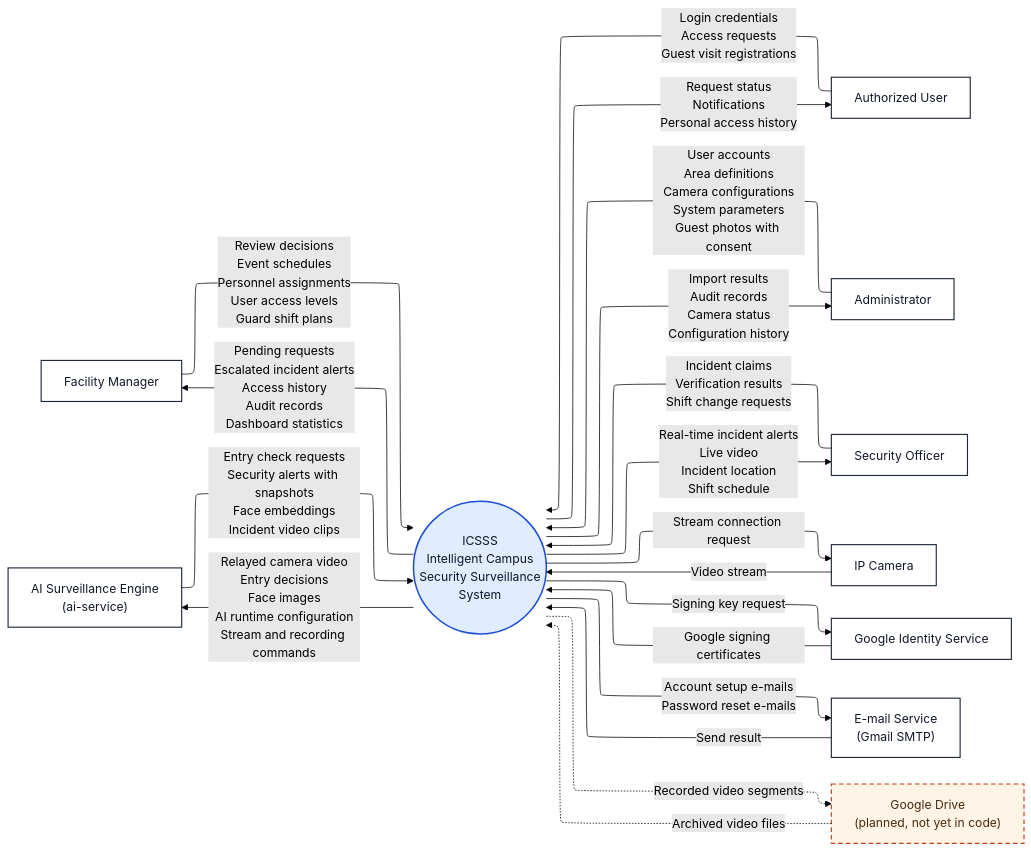
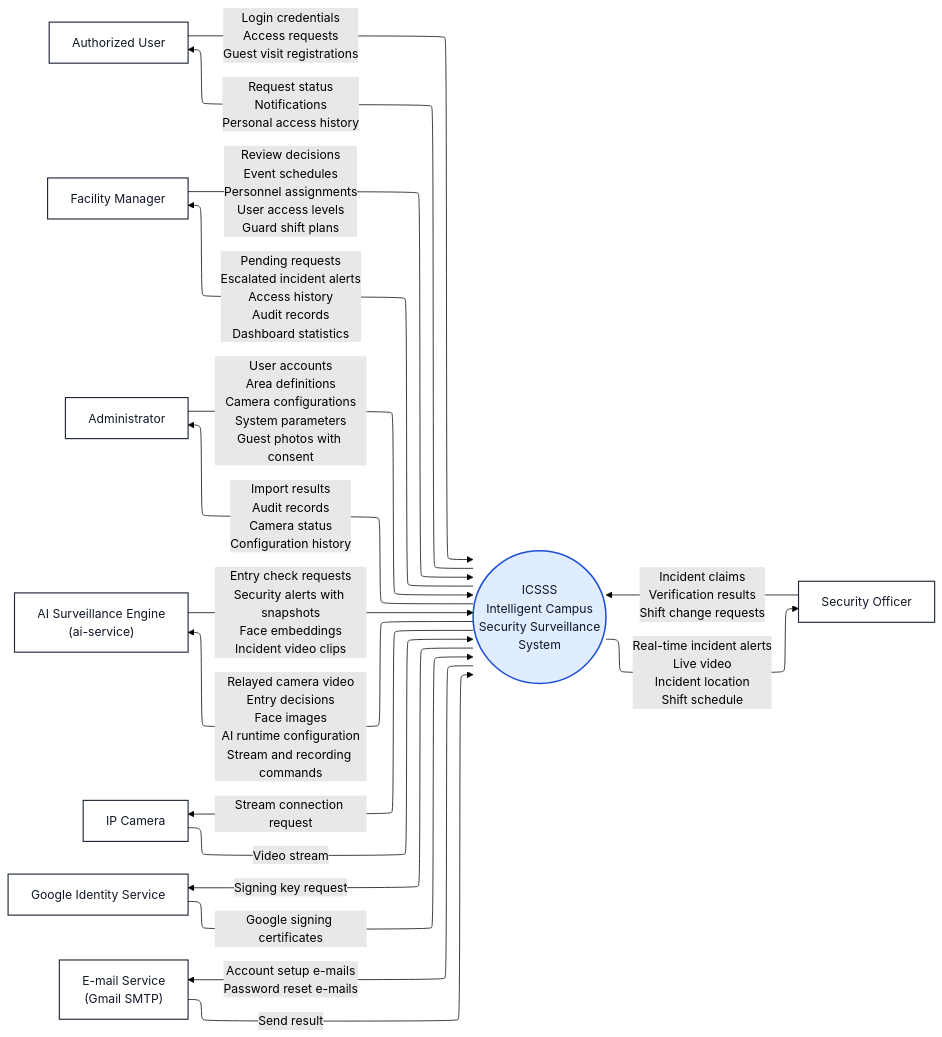
The diagram in docs/diagrams/context-diagram.mmd (AnhHao2505/AI-Based-Intelligent-Campus-Security-Surveillance-System), drawn with Mermaid (forest theme) before and after one commit. The commit also changed 8 other files, not shown here.

Commit message:
docs(review2): add SRS, SDD, registration form and updated diagram sources

```diff
--- a/docs/diagrams/context-diagram.mmd
+++ b/docs/diagrams/context-diagram.mmd
@@ -1,50 +1,44 @@
 ---
 config:
   layout: elk
 ---
-%% Title: CTX-01 Context diagram of ICSSS (level 0) · Source: controller/*.java (@PreAuthorize roles), security/GoogleTokenVerifier.java, service/NotificationService.java (JavaMailSender, Gmail SMTP), service/CameraConnectionService.java and MediaMtxService.java (RTSP), mobile/lib (Security Officer app) · Updated 2026-10-27 (main @ b3e5ce6): AI Surveillance Engine drawn as an external entity (decision Q-2), ai-service/src/core/face_matcher.py (check-entry), ai-service/src/integration/kafka_producer.py (alerts), FaceDataService (face embeddings), CameraStreamLifecycleService (stream start/stop via MediaMTX), InternalAiController (runtime config)
+%% Title: CTX-01 Context diagram of ICSSS (level 0) · Source: controller/*.java (@PreAuthorize roles), security/GoogleTokenVerifier.java, service/NotificationService.java (JavaMailSender, Gmail SMTP), service/CameraConnectionService.java and MediaMtxService.java (RTSP), mobile/lib (Security Officer app) · Updated 2026-10-27 (main @ b3e5ce6): AI Surveillance Engine drawn as an external entity (decision Q-2), ai-service/src/core/face_matcher.py (check-entry), ai-service/src/integration/kafka_producer.py (alerts), FaceDataService (face embeddings), CameraStreamLifecycleService (stream start/stop via MediaMTX), InternalAiController (runtime config) · Updated 2026-10-28: Google Drive (planned, not in code) removed
 %% Notation: the system is one circle; every external entity is a separate rectangle; every flow is labelled with a noun (data, not an action).
 flowchart LR
     AU["Authorized User"]
     FM["Facility Manager"]
     AD["Administrator"]
     SO["Security Officer"]
 
     SYS(("ICSSS<br/>Intelligent Campus<br/>Security Surveillance<br/>System"))
 
     AIE["AI Surveillance Engine<br/>(ai-service)"]
     CAM["IP Camera"]
     GID["Google Identity Service"]
     SMTP["E-mail Service<br/>(Gmail SMTP)"]
-    GDR["Google Drive<br/>(planned, not yet in code)"]
 
     AU -->|"Login credentials<br/>Access requests<br/>Guest visit registrations"| SYS
     FM -->|"Review decisions<br/>Event schedules<br/>Personnel assignments<br/>User access levels<br/>Guard shift plans"| SYS
     AD -->|"User accounts<br/>Area definitions<br/>Camera configurations<br/>System parameters<br/>Guest photos with consent"| SYS
     SO -->|"Incident claims<br/>Verification results<br/>Shift change requests"| SYS
 
     SYS -->|"Request status<br/>Notifications<br/>Personal access history"| AU
     SYS -->|"Pending requests<br/>Escalated incident alerts<br/>Access history<br/>Audit records<br/>Dashboard statistics"| FM
     SYS -->|"Import results<br/>Audit records<br/>Camera status<br/>Configuration history"| AD
     SYS -->|"Real-time incident alerts<br/>Live video<br/>Incident location<br/>Shift schedule"| SO
 
     AIE -->|"Entry check requests<br/>Security alerts with snapshots<br/>Face embeddings<br/>Incident video clips"| SYS
     SYS -->|"Relayed camera video<br/>Entry decisions<br/>Face images<br/>AI runtime configuration<br/>Stream and recording commands"| AIE
 
     SYS -->|"Stream connection request"| CAM
     CAM -->|"Video stream"| SYS
     SYS -->|"Signing key request"| GID
     GID -->|"Google signing certificates"| SYS
     SYS -->|"Account setup e-mails<br/>Password reset e-mails"| SMTP
     SMTP -->|"Send result"| SYS
 
-    %% Planned: continuous recording archive (1-minute segments). Dashed = not implemented yet.
-    SYS -.->|"Recorded video segments"| GDR
-    GDR -.->|"Archived video files"| SYS
 
     classDef ext fill:#ffffff,stroke:#1f2937,stroke-width:1.5px,color:#111827
     classDef sys fill:#e0ecff,stroke:#1d4ed8,stroke-width:2px,color:#0f172a
     class AU,FM,AD,SO,AIE,CAM,GID,SMTP ext
-    classDef planned fill:#fff4e6,stroke:#c2410c,stroke-width:1.5px,stroke-dasharray:6 4,color:#4a2a10
-    class GDR planned
     class SYS sys
```
